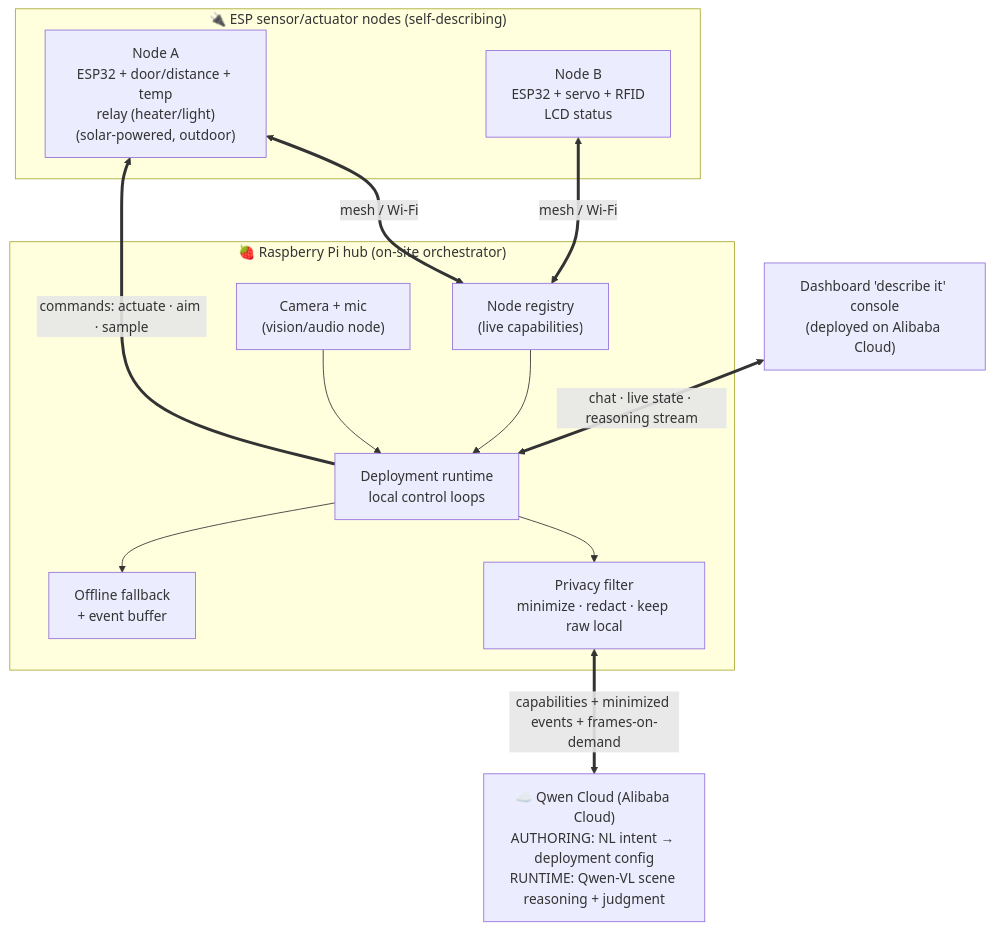
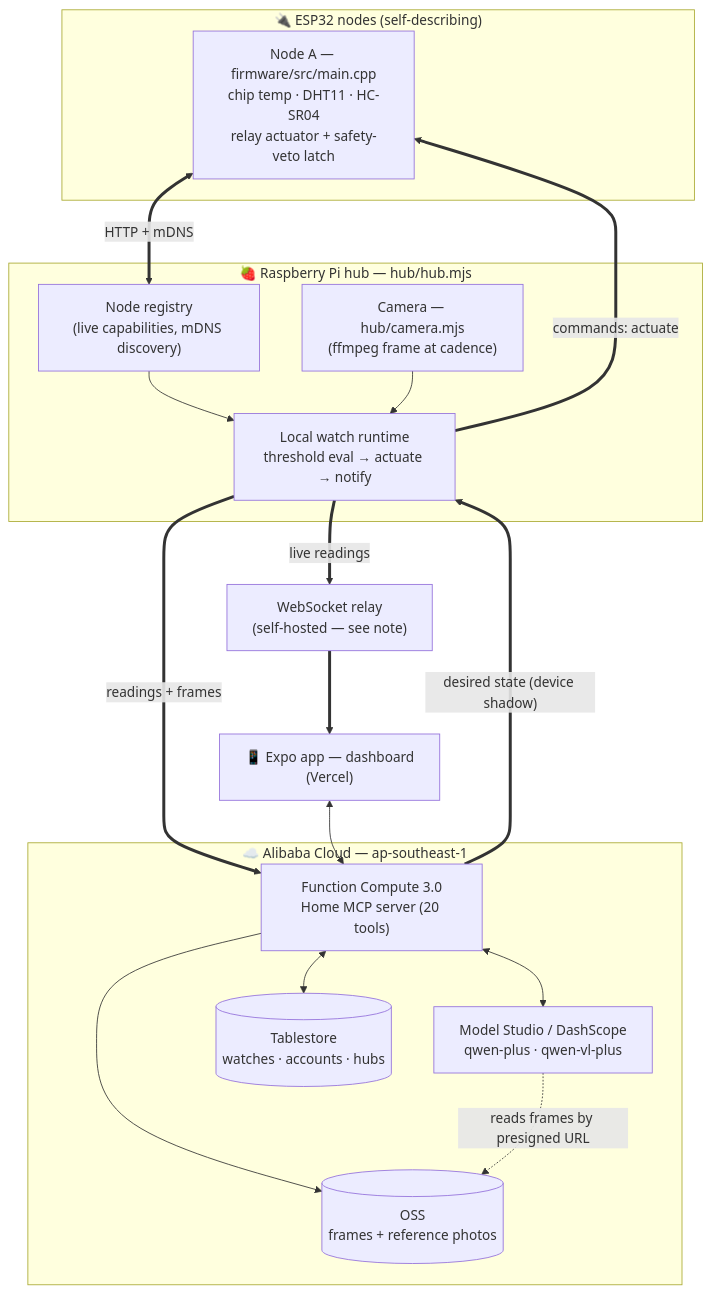
One commit to mattrickslauer/hearth changed the diagram in README.md. Above: the diagram before and after it, drawn with Mermaid. The commit also changed other lines of this file and 3 other files, not shown here.

````diff
--- a/README.md
+++ b/README.md
@@ -52,26 +74,32 @@
 ```mermaid
 flowchart TB
-  subgraph NODES["🔌 ESP sensor/actuator nodes (self-describing)"]
-    A["Node A\nESP32 + door/distance + temp\nrelay (heater/light)\n(solar-powered, outdoor)"]
-    B["Node B\nESP32 + servo + RFID\nLCD status"]
+  subgraph NODES["🔌 ESP32 nodes (self-describing)"]
+    A["Node A — firmware/src/main.cpp\nchip temp · DHT11 · HC-SR04\nrelay actuator + safety-veto latch"]
   end
-  subgraph HUB["🍓 Raspberry Pi hub (on-site orchestrator)"]
-    REG["Node registry\n(live capabilities)"]
-    RUN["Deployment runtime\nlocal control loops"]
-    PRIV["Privacy filter\nminimize · redact · keep raw local"]
-    FALL["Offline fallback\n+ event buffer"]
-    CAM["Camera + mic\n(vision/audio node)"]
+  subgraph HUB["🍓 Raspberry Pi hub — hub/hub.mjs"]
+    REG["Node registry\n(live capabilities, mDNS discovery)"]
+    RUN["Local watch runtime\nthreshold eval → actuate → notify"]
+    CAM["Camera — hub/camera.mjs\n(ffmpeg frame at cadence)"]
   end
-  CLOUD["☁️ Qwen Cloud (Alibaba Cloud)\nAUTHORING: NL intent → deployment config\nRUNTIME: Qwen-VL scene reasoning + judgment"]
-  DASH["Dashboard 'describe it' console\n(deployed on Alibaba Cloud)"]
+  subgraph AC["☁️ Alibaba Cloud — ap-southeast-1"]
+    FC["Function Compute 3.0\nHome MCP server (20 tools)"]
+    QWEN["Model Studio / DashScope\nqwen-plus · qwen-vl-plus"]
+    TS[("Tablestore\nwatches · accounts · hubs")]
+    OSS[("OSS\nframes + reference photos")]
+  end
+  RELAY["WebSocket relay\n(self-hosted — see note)"]
+  APP["📱 Expo app — dashboard\n(Vercel)"]
 
-  A <== "mesh / Wi-Fi" ==> REG
-  B <== "mesh / Wi-Fi" ==> REG
+  A <== "HTTP + mDNS" ==> REG
   REG --> RUN
   CAM --> RUN
-  RUN --> PRIV
-  RUN --> FALL
-  PRIV <== "capabilities + minimized events + frames-on-demand" ==> CLOUD
-  RUN == "commands: actuate · aim · sample" ==> A
-  DASH <== "chat · live state · reasoning stream" ==> RUN
+  RUN == "commands: actuate" ==> A
+  RUN == "readings + frames" ==> FC
+  FC == "desired state (device shadow)" ==> RUN
+  FC <--> QWEN
+  FC <--> TS
+  FC --> OSS
+  QWEN -. "reads frames by presigned URL" .-> OSS
+  RUN == "live readings" ==> RELAY ==> APP
+  APP <--> FC
 ```
````
